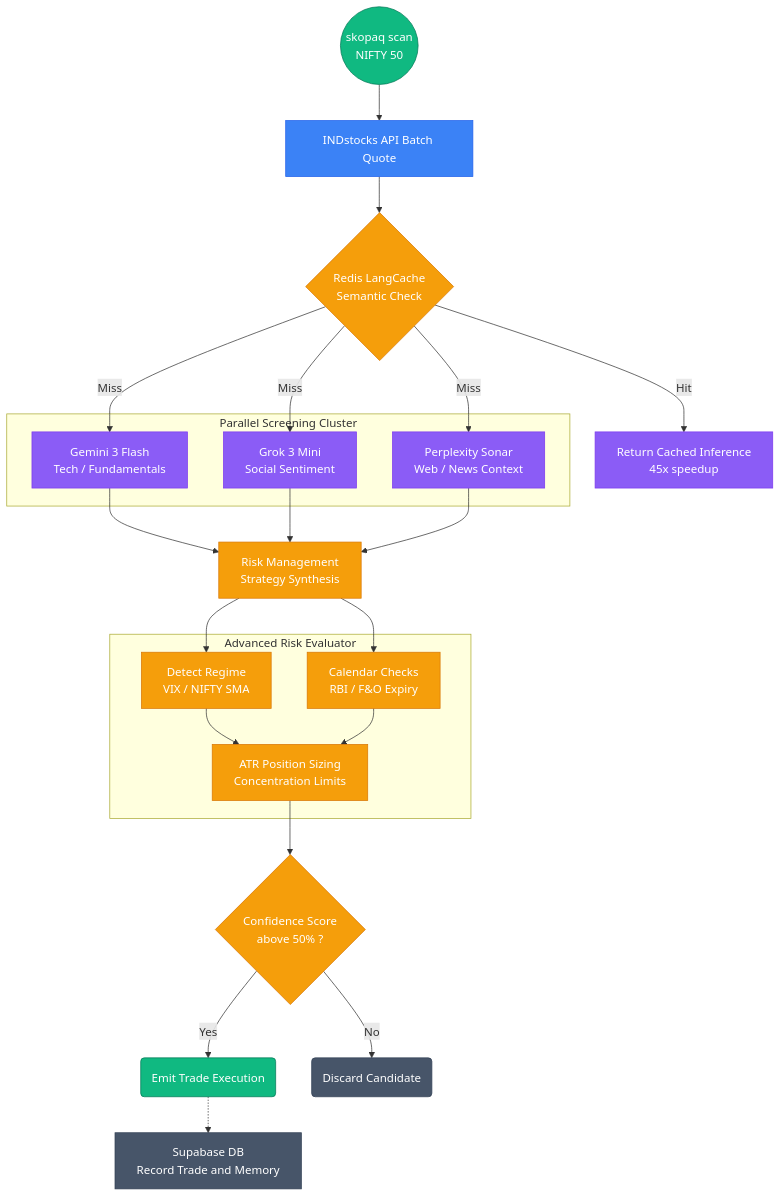
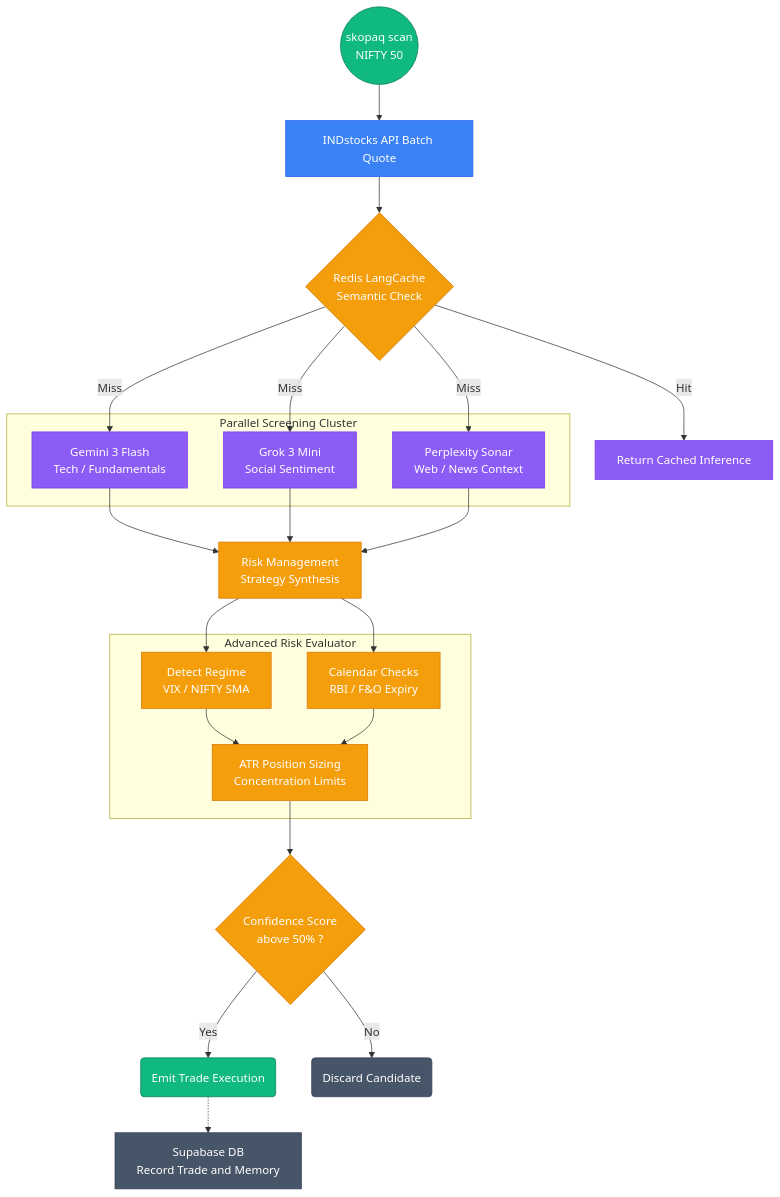
The fourth of 4 diagrams in README.md (samuelvinay91/skopaqtrader), drawn with Mermaid before and after one commit. The commit also changed other lines of this file and 10 other files, not shown here.

````diff
--- a/README.md
+++ b/README.md
@@ -179,47 +179,47 @@
 ```mermaid
 flowchart TD
     classDef trigger fill:#10b981,stroke:#047857,color:#fff
     classDef data fill:#3b82f6,stroke:#2563eb,color:#fff
     classDef llm fill:#8b5cf6,stroke:#7c3aed,color:#fff
     classDef check fill:#f59e0b,stroke:#d97706,color:#fff
     classDef memory fill:#475569,stroke:#334155,color:#fff
 
     Start(("skopaq scan<br/>NIFTY 50")):::trigger
     INDapi["INDstocks API Batch Quote"]:::data
     CacheCheck{"Redis LangCache<br/>Semantic Check"}:::check
-    CachedData["Return Cached Inference<br/>45x speedup"]:::llm
+    CachedData["Return Cached Inference"]:::llm
 
     Start --> INDapi --> CacheCheck
     CacheCheck -- "Hit" --> CachedData
     CacheCheck -- "Miss" --> Gemini
 
     subgraph Screeners["Parallel Screening Cluster"]
         Gemini["Gemini 3 Flash<br/>Tech / Fundamentals"]:::llm
         Grok["Grok 3 Mini<br/>Social Sentiment"]:::llm
         Perplexity["Perplexity Sonar<br/>Web / News Context"]:::llm
     end
 
     CacheCheck -- "Miss" --> Grok
     CacheCheck -- "Miss" --> Perplexity
 
     Gemini --> Synthesis["Risk Management<br/>Strategy Synthesis"]:::check
     Grok --> Synthesis
     Perplexity --> Synthesis
 
     subgraph RiskEval["Advanced Risk Evaluator"]
         Regime["Detect Regime<br/>VIX / NIFTY SMA"]:::check
         Events["Calendar Checks<br/>RBI / F&O Expiry"]:::check
         Size["ATR Position Sizing<br/>Concentration Limits"]:::check
     end
 
     Synthesis --> Regime
     Synthesis --> Events
     Regime --> Size
     Events --> Size
     Size --> Confidence{"Confidence Score<br/>above 50% ?"}:::check
 
     Confidence -- "Yes" --> EmitTrade("Emit Trade Execution"):::trigger
     Confidence -- "No" --> Drop("Discard Candidate"):::memory
 
     EmitTrade -.-> SupaDB["Supabase DB<br/>Record Trade and Memory"]:::memory
 ```
````
